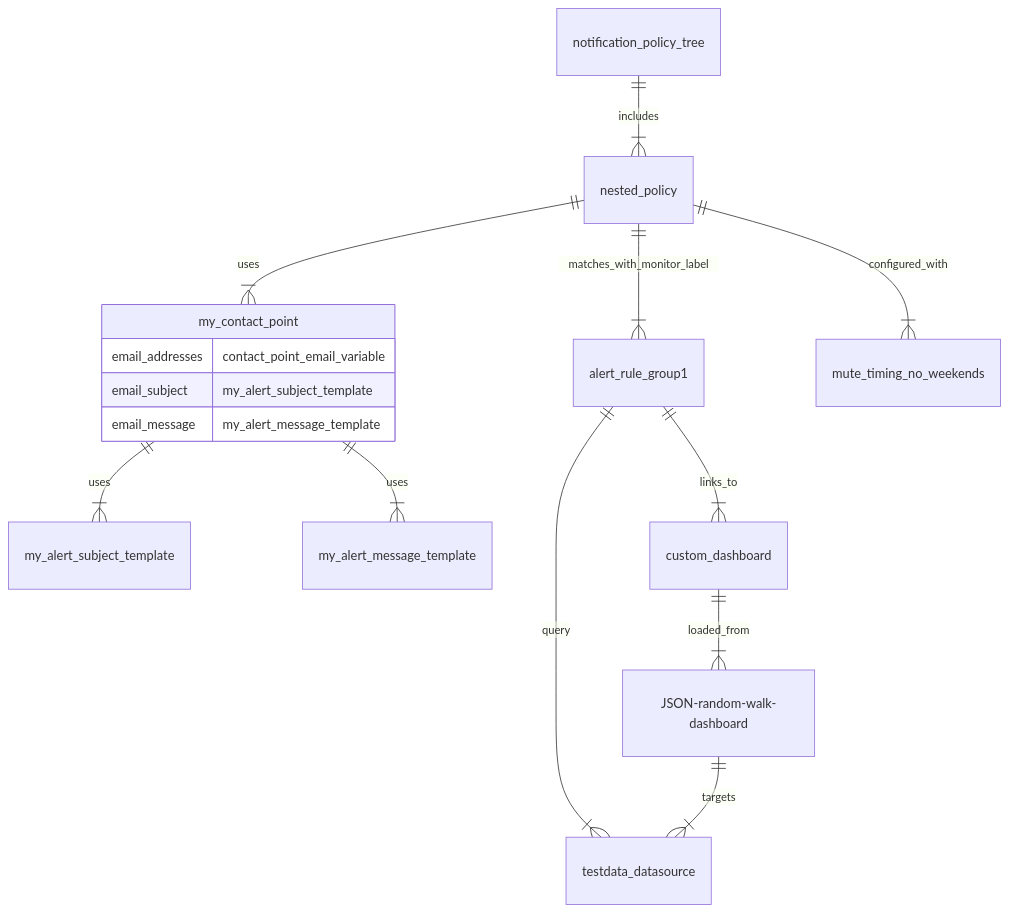
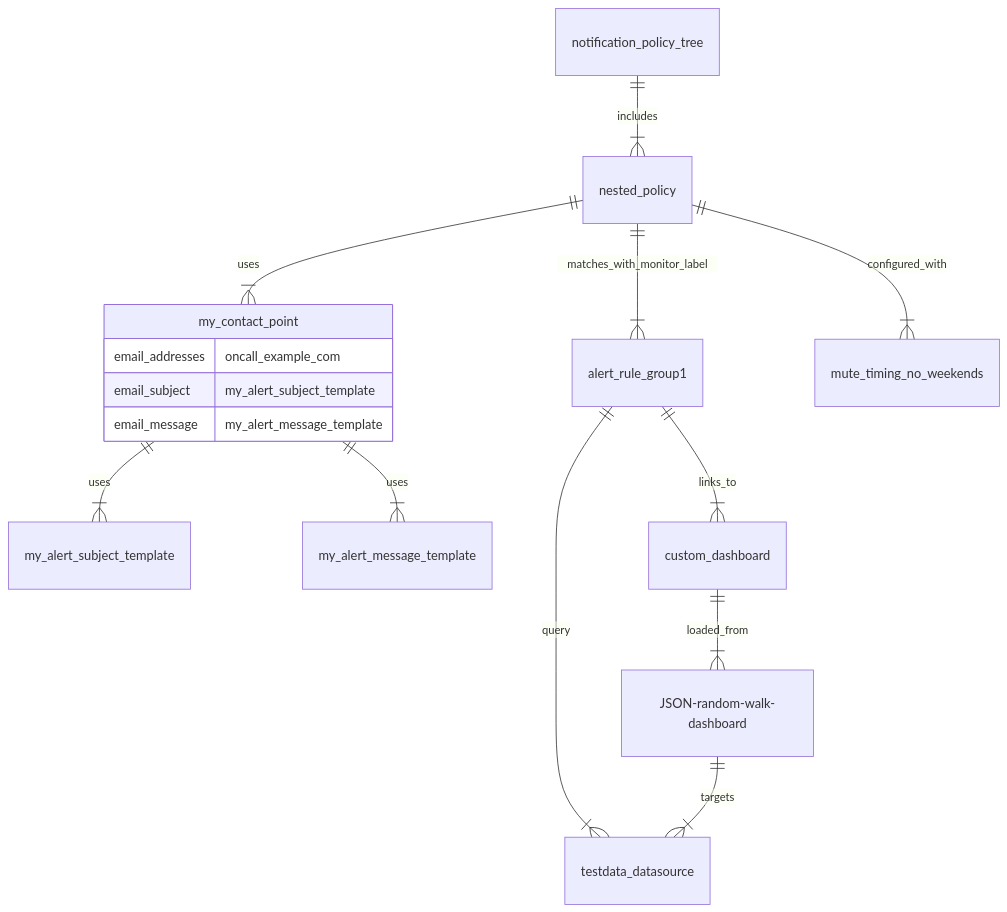
Before and after one commit to grafana/provisioning-alerting-examples: the diagram in terraform/README.md, drawn with Mermaid. The commit also changed other lines of this file and 8 other files, not shown here.

````diff
--- a/terraform/README.md
+++ b/terraform/README.md
@@ -37,25 +35,25 @@
 ```mermaid
     erDiagram
 
     custom_dashboard ||--|{ JSON-random-walk-dashboard : loaded_from
 
     JSON-random-walk-dashboard ||--|{ testdata_datasource : targets
 
     alert_rule_group1 ||--|{ testdata_datasource : query
     alert_rule_group1 ||--|{ custom_dashboard : links_to
 
     notification_policy_tree ||--|{ nested_policy : includes
 
     nested_policy ||--|{ my_contact_point : uses
     nested_policy ||--|{ alert_rule_group1 : matches_with_monitor_label
     nested_policy ||--|{ mute_timing_no_weekends : configured_with
 
     my_contact_point ||--|{ my_alert_subject_template : uses
     my_contact_point ||--|{ my_alert_message_template : uses
     my_contact_point {
-        email_addresses contact_point_email_variable
+        email_addresses oncall_example_com
         email_subject my_alert_subject_template
         email_message my_alert_message_template
     }
 
 ```
````
